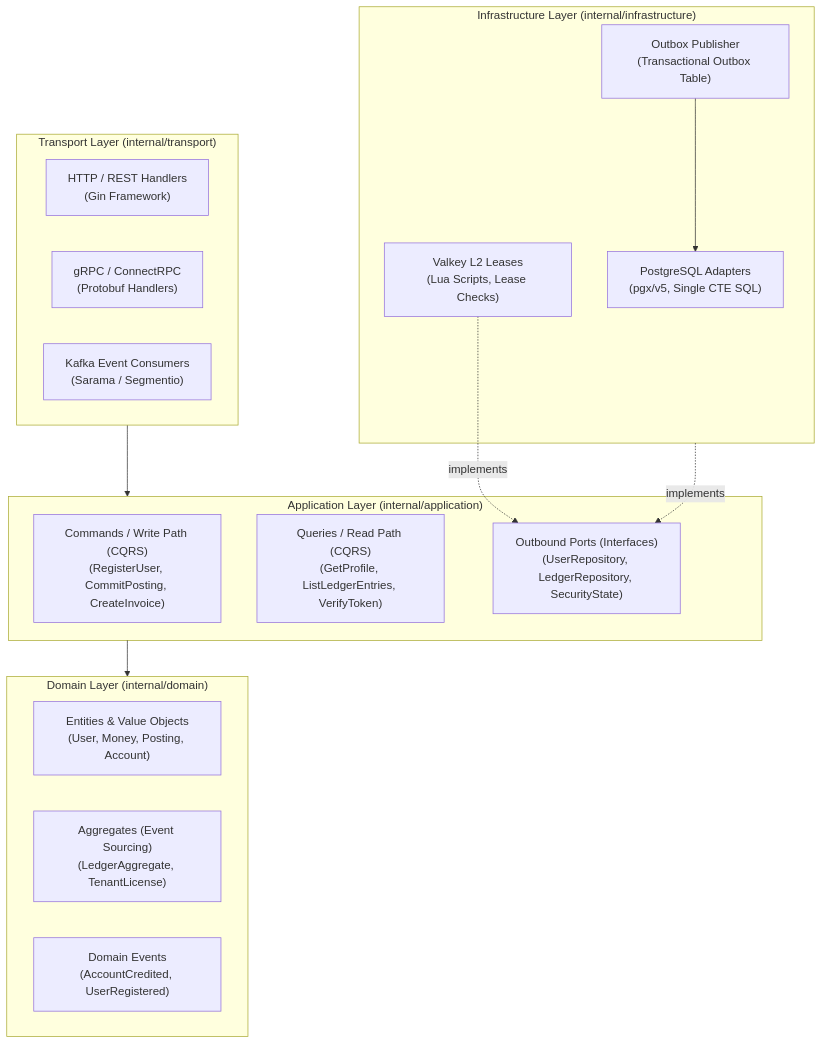
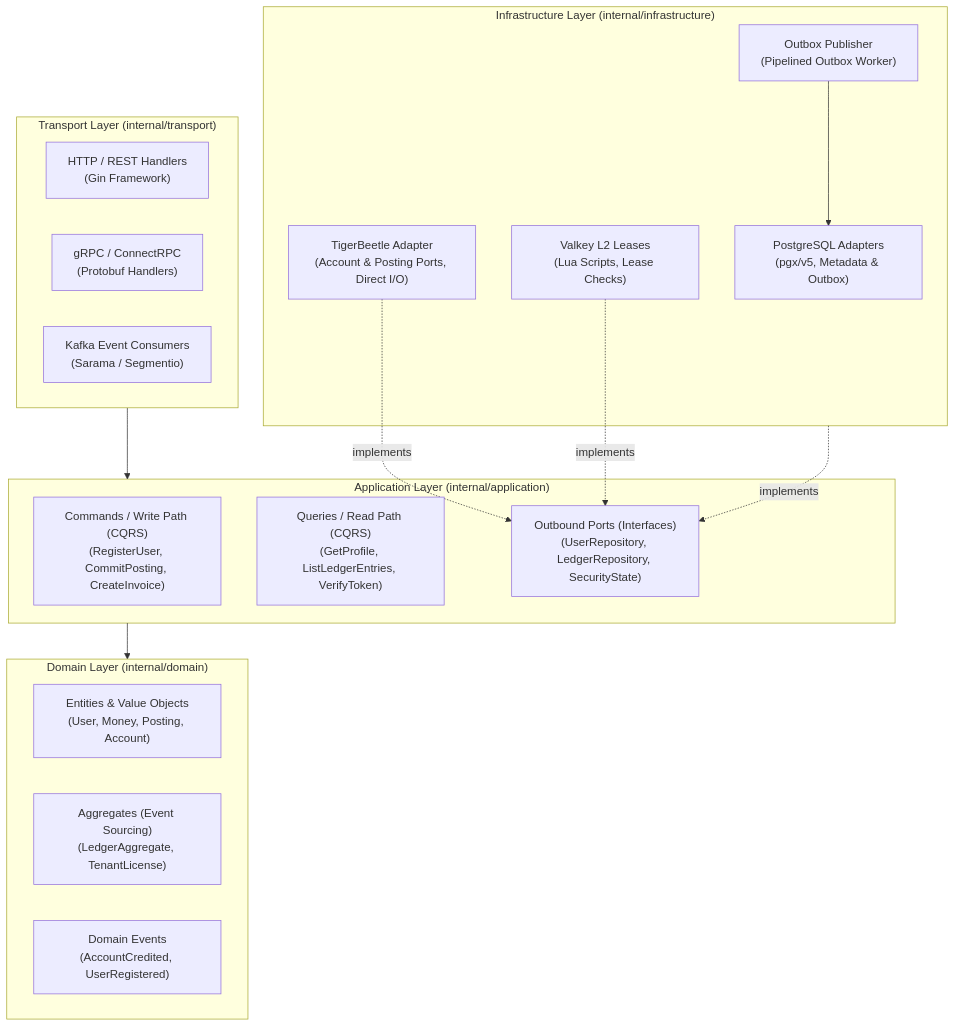
The diagram in docs/03-global-architecture/3.3-clean-architecture-and-cqrs.md (mateusz-kacpura/integra-core), drawn with Mermaid before and after one commit. The commit also changed 27 other files, not shown here.

Commit message:
docs(core): update architecture and technical documentation with TigerBeetle ledger and performance optimizations

````diff
--- a/docs/03-global-architecture/3.3-clean-architecture-and-cqrs.md
+++ b/docs/03-global-architecture/3.3-clean-architecture-and-cqrs.md
@@ -9,32 +9,34 @@
 ```mermaid
 flowchart TB
     subgraph Transport["Transport Layer (internal/transport)"]
         REST["HTTP / REST Handlers<br/>(Gin Framework)"]
         gRPC["gRPC / ConnectRPC<br/>(Protobuf Handlers)"]
         KafkaConsumer["Kafka Event Consumers<br/>(Sarama / Segmentio)"]
     end
 
     subgraph Application["Application Layer (internal/application)"]
         Commands["Commands / Write Path (CQRS)<br/>(RegisterUser, CommitPosting, CreateInvoice)"]
         Queries["Queries / Read Path (CQRS)<br/>(GetProfile, ListLedgerEntries, VerifyToken)"]
         Ports["Outbound Ports (Interfaces)<br/>(UserRepository, LedgerRepository, SecurityState)"]
     end
 
     subgraph Domain["Domain Layer (internal/domain)"]
         Entities["Entities & Value Objects<br/>(User, Money, Posting, Account)"]
         Aggregates["Aggregates (Event Sourcing)<br/>(LedgerAggregate, TenantLicense)"]
         DomainEvents["Domain Events<br/>(AccountCredited, UserRegistered)"]
     end
 
     subgraph Infrastructure["Infrastructure Layer (internal/infrastructure)"]
-        PG["PostgreSQL Adapters<br/>(pgx/v5, Single CTE SQL)"]
+        TB["TigerBeetle Adapter<br/>(Account & Posting Ports, Direct I/O)"]
+        PG["PostgreSQL Adapters<br/>(pgx/v5, Metadata & Outbox)"]
         VK["Valkey L2 Leases<br/>(Lua Scripts, Lease Checks)"]
-        OB["Outbox Publisher<br/>(Transactional Outbox Table)"]
+        OB["Outbox Publisher<br/>(Pipelined Outbox Worker)"]
     end
 
     Transport --> Application
     Application --> Domain
     Infrastructure -. "implements" .-> Ports
+    TB -. "implements" .-> Ports
     VK -. "implements" .-> Ports
     OB --> PG
 ```
````
